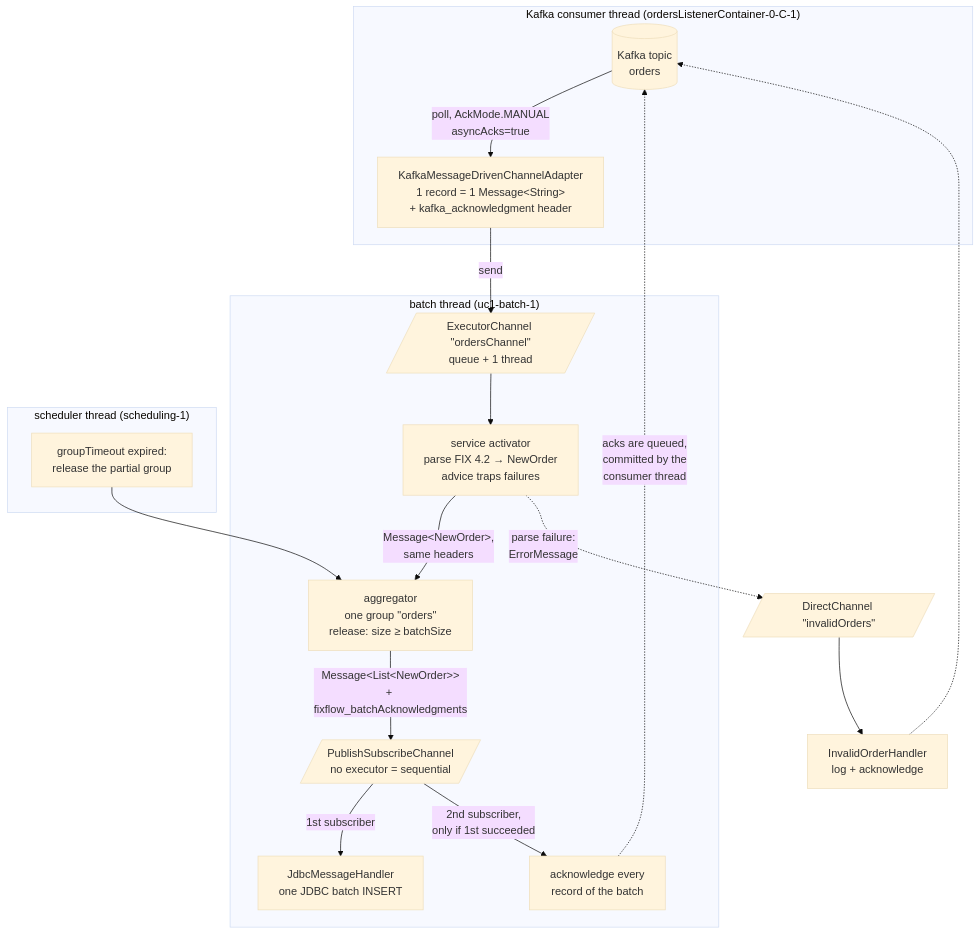
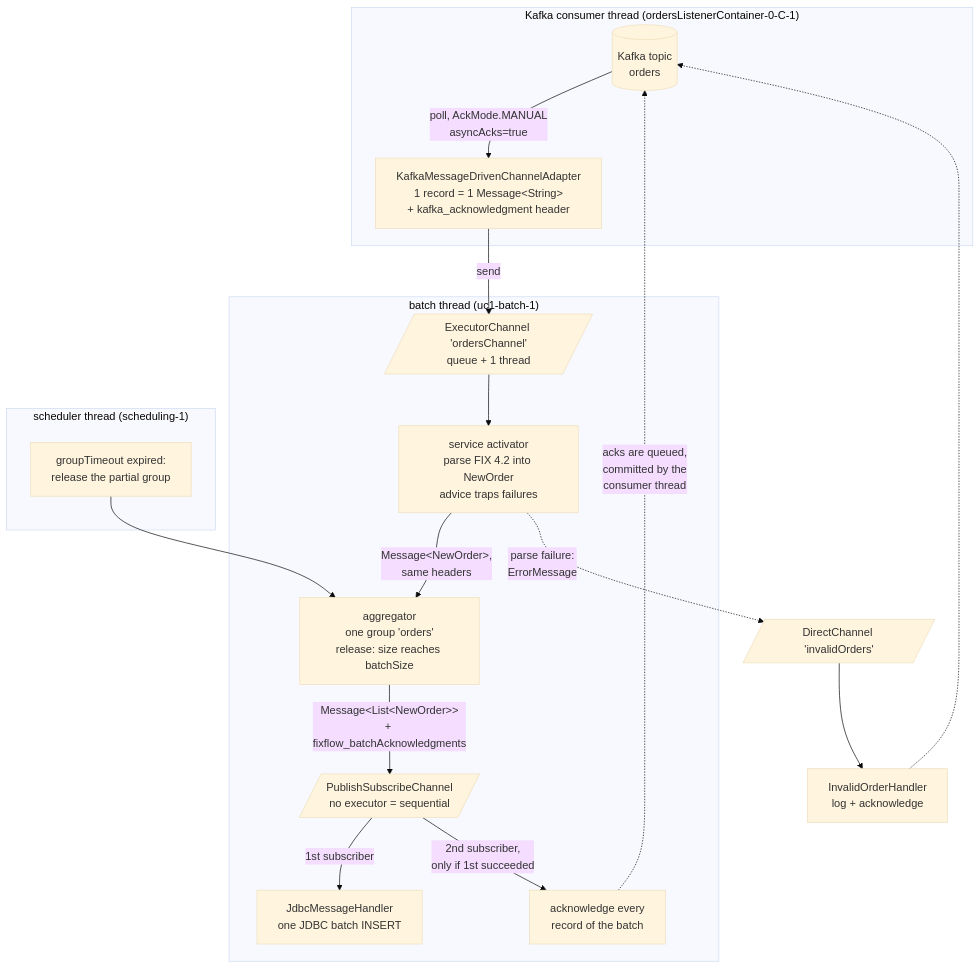
The first of 2 diagrams in usecase1/spring-integration/src/main/java/com/fixflow/usecase1/si/README.md (crazymatthsu/spring-integration-vs-apache-camel), drawn with Mermaid (base theme) before and after one commit.

Commit message:
Fix Mermaid parse error in the use case 1 flow diagram
GitHub failed to render the flowchart because node labels contained bare
double quotes. All labels are now quoted, with single quotes inside.
Every diagram in the repo was re-checked with Mermaid 11.

````diff
--- a/usecase1/spring-integration/src/main/java/com/fixflow/usecase1/si/README.md
+++ b/usecase1/spring-integration/src/main/java/com/fixflow/usecase1/si/README.md
@@ -18,21 +18,21 @@
 ```mermaid
 flowchart TB
-    subgraph CT["Kafka consumer thread  (ordersListenerContainer-0-C-1)"]
-        K[(Kafka topic<br/>orders)] -->|poll, AckMode.MANUAL<br/>asyncAcks=true| A[KafkaMessageDrivenChannelAdapter<br/>1 record = 1 Message&lt;String&gt;<br/>+ kafka_acknowledgment header]
+    subgraph CT["Kafka consumer thread (ordersListenerContainer-0-C-1)"]
+        K[("Kafka topic<br/>orders")] -->|"poll, AckMode.MANUAL<br/>asyncAcks=true"| A["KafkaMessageDrivenChannelAdapter<br/>1 record = 1 Message&lt;String&gt;<br/>+ kafka_acknowledgment header"]
     end
-    A -->|send| X[/ExecutorChannel &quot;ordersChannel&quot;<br/>queue + 1 thread/]
-    subgraph BT["batch thread  (uc1-batch-1)"]
-        X --> P[service activator<br/>parse FIX 4.2 → NewOrder<br/>advice traps failures]
-        P -->|Message&lt;NewOrder&gt;,<br/>same headers| G[aggregator<br/>one group &quot;orders&quot;<br/>release: size ≥ batchSize]
-        G -->|Message&lt;List&lt;NewOrder&gt;&gt;<br/>+ fixflow_batchAcknowledgments| PS[/PublishSubscribeChannel<br/>no executor = sequential/]
-        PS -->|1st subscriber| J[JdbcMessageHandler<br/>one JDBC batch INSERT]
-        PS -->|2nd subscriber,<br/>only if 1st succeeded| ACK[acknowledge every<br/>record of the batch]
+    A -->|"send"| X[/"ExecutorChannel 'ordersChannel'<br/>queue + 1 thread"/]
+    subgraph BT["batch thread (uc1-batch-1)"]
+        X --> P["service activator<br/>parse FIX 4.2 into NewOrder<br/>advice traps failures"]
+        P -->|"Message&lt;NewOrder&gt;,<br/>same headers"| G["aggregator<br/>one group 'orders'<br/>release: size reaches batchSize"]
+        G -->|"Message&lt;List&lt;NewOrder&gt;&gt;<br/>+ fixflow_batchAcknowledgments"| PS[/"PublishSubscribeChannel<br/>no executor = sequential"/]
+        PS -->|"1st subscriber"| J["JdbcMessageHandler<br/>one JDBC batch INSERT"]
+        PS -->|"2nd subscriber,<br/>only if 1st succeeded"| ACK["acknowledge every<br/>record of the batch"]
     end
-    subgraph ST["scheduler thread  (scheduling-1)"]
-        T[groupTimeout expired:<br/>release the partial group] --> G
+    subgraph ST["scheduler thread (scheduling-1)"]
+        T["groupTimeout expired:<br/>release the partial group"] --> G
     end
-    P -.->|parse failure:<br/>ErrorMessage| IV[/DirectChannel &quot;invalidOrders&quot;/]
-    IV --> IH[InvalidOrderHandler<br/>log + acknowledge]
-    ACK -.->|acks are queued,<br/>committed by the<br/>consumer thread| K
+    P -.->|"parse failure:<br/>ErrorMessage"| IV[/"DirectChannel 'invalidOrders'"/]
+    IV --> IH["InvalidOrderHandler<br/>log + acknowledge"]
+    ACK -.->|"acks are queued,<br/>committed by the<br/>consumer thread"| K
     IH -.-> K
 ```
````
